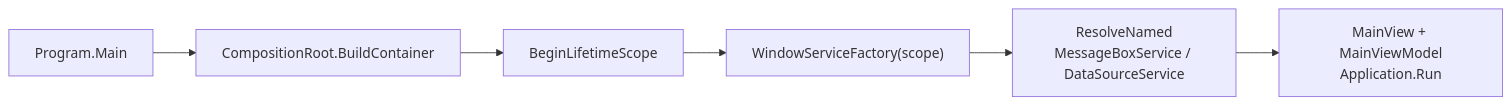
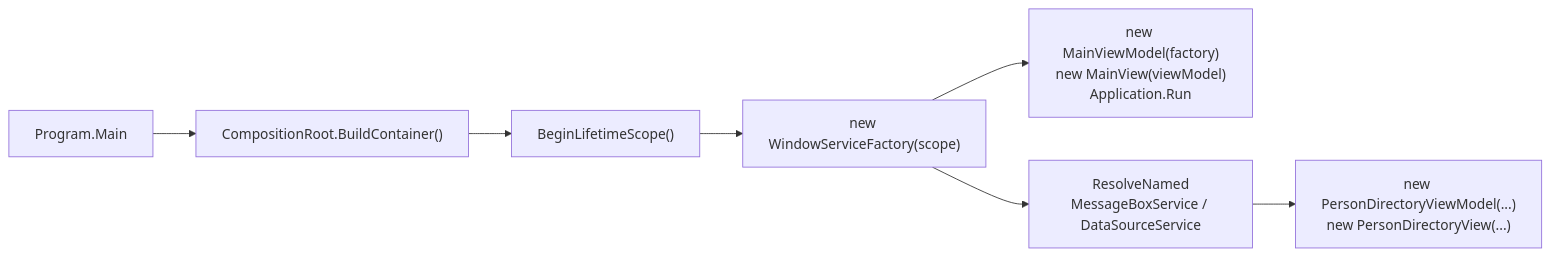
The fourth of 4 diagrams in README.md (AntonSukhov/MvvmWinFormsApp), drawn with Mermaid before and after one commit. The commit also changed other lines of this file, not shown here.

````diff
--- a/README.md
+++ b/README.md
@@ -265,8 +321,9 @@
 ```mermaid
 flowchart LR
-    Start["Program.Main"] --> Build["CompositionRoot.BuildContainer"]
-    Build --> Scope["BeginLifetimeScope"]
-    Scope --> Factory["WindowServiceFactory(scope)"]
+    Start["Program.Main"] --> Build["CompositionRoot.BuildContainer()"]
+    Build --> Scope["BeginLifetimeScope()"]
+    Scope --> Factory["new WindowServiceFactory(scope)"]
+    Factory --> Main["new MainViewModel(factory)<br/>new MainView(viewModel)<br/>Application.Run"]
     Factory --> Resolve["ResolveNamed<br/>MessageBoxService / DataSourceService"]
-    Resolve --> Window["MainView + MainViewModel<br/>Application.Run"]
+    Resolve --> Window["new PersonDirectoryViewModel(...)<br/>new PersonDirectoryView(...)"]
 ```
````
